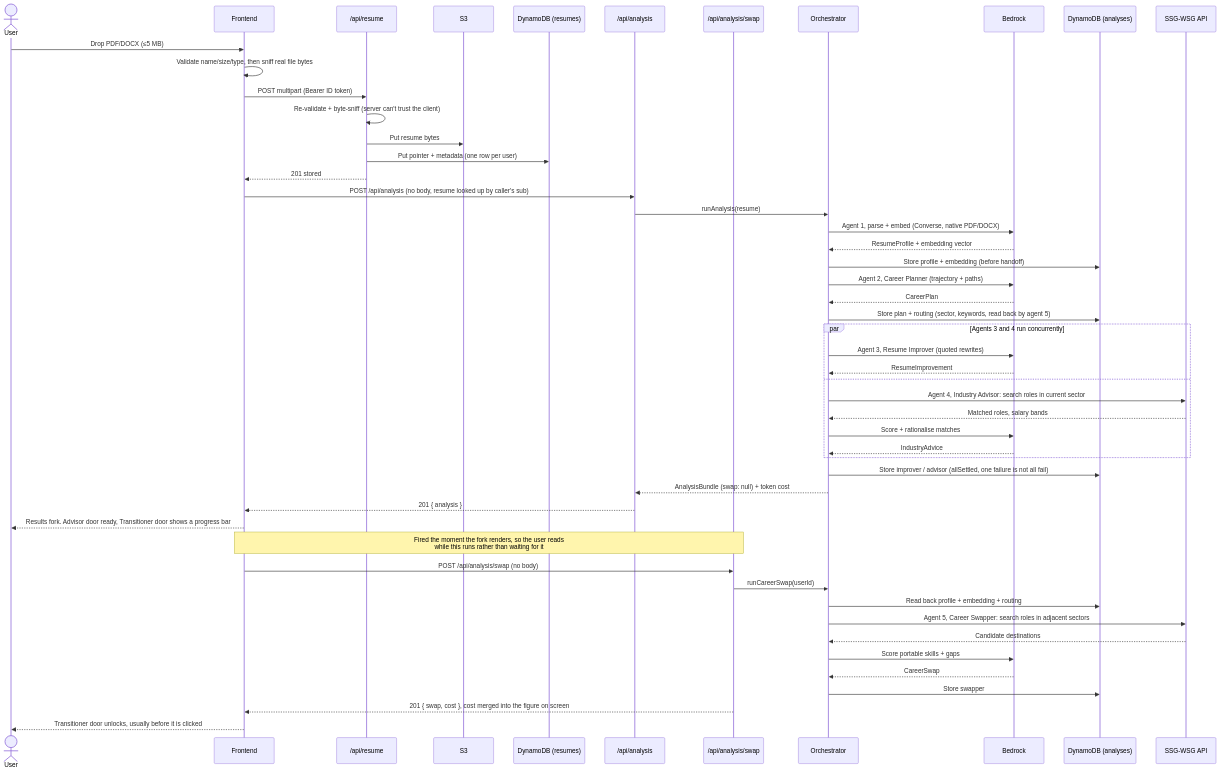
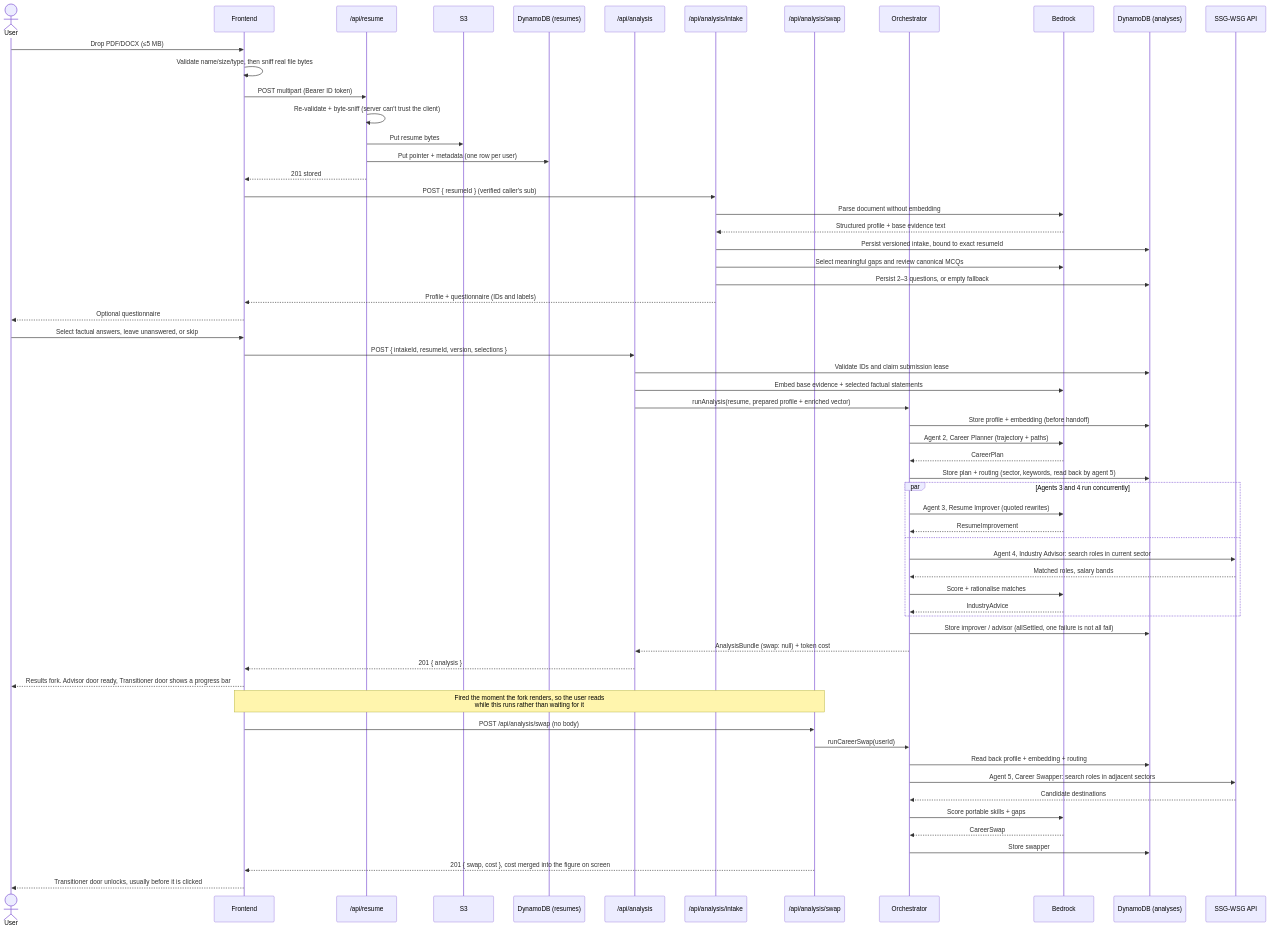
One commit to oreoolis/meong-MyWay changed the third of 4 diagrams in README.md. Above: the diagram before and after it, drawn with Mermaid. The commit also changed other lines of this file and 3 other files, not shown here.

````diff
--- a/README.md
+++ b/README.md
@@ -281,61 +287,70 @@
 ```mermaid
 sequenceDiagram
     actor User
     participant FE as Frontend
     participant ResumeAPI as /api/resume
     participant S3
     participant DDB_R as DynamoDB (resumes)
     participant AnalysisAPI as /api/analysis
+    participant IntakeAPI as /api/analysis/intake
     participant SwapAPI as /api/analysis/swap
     participant Orc as Orchestrator
     participant Bedrock
     participant DDB_A as DynamoDB (analyses)
     participant SSG as SSG-WSG API
 
     User->>FE: Drop PDF/DOCX (≤5 MB)
     FE->>FE: Validate name/size/type, then sniff real file bytes
     FE->>ResumeAPI: POST multipart (Bearer ID token)
     ResumeAPI->>ResumeAPI: Re-validate + byte-sniff (server can't trust the client)
     ResumeAPI->>S3: Put resume bytes
     ResumeAPI->>DDB_R: Put pointer + metadata (one row per user)
     ResumeAPI-->>FE: 201 stored
 
-    FE->>AnalysisAPI: POST /api/analysis (no body, resume looked up by caller's sub)
-    AnalysisAPI->>Orc: runAnalysis(resume)
-
-    Orc->>Bedrock: Agent 1, parse + embed (Converse, native PDF/DOCX)
-    Bedrock-->>Orc: ResumeProfile + embedding vector
+    FE->>IntakeAPI: POST { resumeId } (verified caller's sub)
+    IntakeAPI->>Bedrock: Parse document without embedding
+    Bedrock-->>IntakeAPI: Structured profile + base evidence text
+    IntakeAPI->>DDB_A: Persist versioned intake, bound to exact resumeId
+    IntakeAPI->>Bedrock: Select meaningful gaps and review canonical MCQs
+    IntakeAPI->>DDB_A: Persist 2–3 questions, or empty fallback
+    IntakeAPI-->>FE: Profile + questionnaire (IDs and labels)
+    FE-->>User: Optional questionnaire
+    User->>FE: Select factual answers, leave unanswered, or skip
+    FE->>AnalysisAPI: POST { intakeId, resumeId, version, selections }
+    AnalysisAPI->>DDB_A: Validate IDs and claim submission lease
+    AnalysisAPI->>Bedrock: Embed base evidence + selected factual statements
+    AnalysisAPI->>Orc: runAnalysis(resume, prepared profile + enriched vector)
     Orc->>DDB_A: Store profile + embedding (before handoff)
 
     Orc->>Bedrock: Agent 2, Career Planner (trajectory + paths)
     Bedrock-->>Orc: CareerPlan
     Orc->>DDB_A: Store plan + routing (sector, keywords, read back by agent 5)
 
     par Agents 3 and 4 run concurrently
         Orc->>Bedrock: Agent 3, Resume Improver (quoted rewrites)
         Bedrock-->>Orc: ResumeImprovement
     and
         Orc->>SSG: Agent 4, Industry Advisor: search roles in current sector
         SSG-->>Orc: Matched roles, salary bands
         Orc->>Bedrock: Score + rationalise matches
         Bedrock-->>Orc: IndustryAdvice
     end
 
     Orc->>DDB_A: Store improver / advisor (allSettled, one failure is not all fail)
     Orc-->>AnalysisAPI: AnalysisBundle (swap: null) + token cost
     AnalysisAPI-->>FE: 201 { analysis }
     FE-->>User: Results fork. Advisor door ready, Transitioner door shows a progress bar
 
     Note over FE,SwapAPI: Fired the moment the fork renders, so the user reads<br/>while this runs rather than waiting for it
 
     FE->>SwapAPI: POST /api/analysis/swap (no body)
     SwapAPI->>Orc: runCareerSwap(userId)
     Orc->>DDB_A: Read back profile + embedding + routing
     Orc->>SSG: Agent 5, Career Swapper: search roles in adjacent sectors
     SSG-->>Orc: Candidate destinations
     Orc->>Bedrock: Score portable skills + gaps
     Bedrock-->>Orc: CareerSwap
     Orc->>DDB_A: Store swapper
     SwapAPI-->>FE: 201 { swap, cost }, cost merged into the figure on screen
     FE-->>User: Transitioner door unlocks, usually before it is clicked
 ```
````
